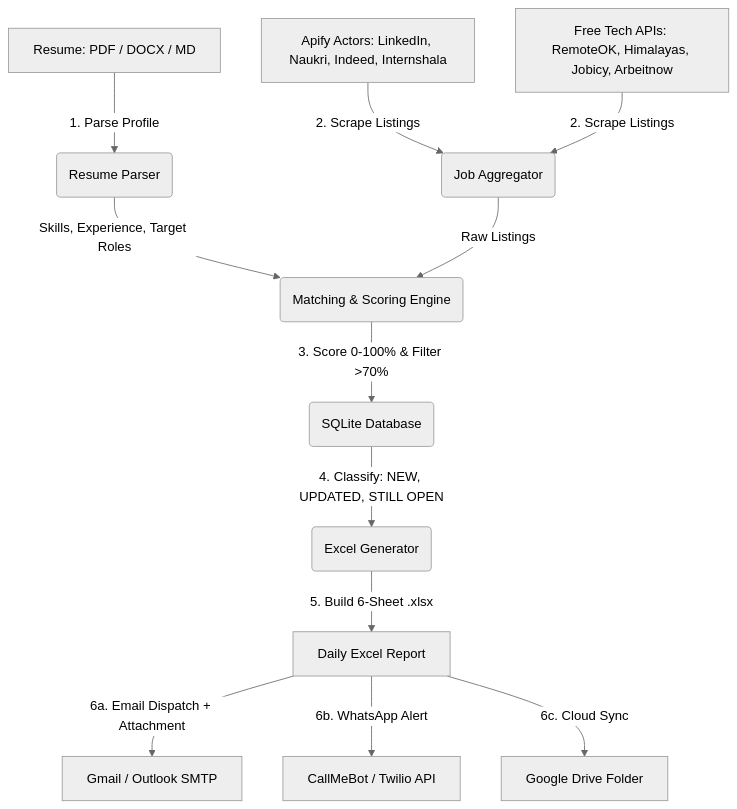
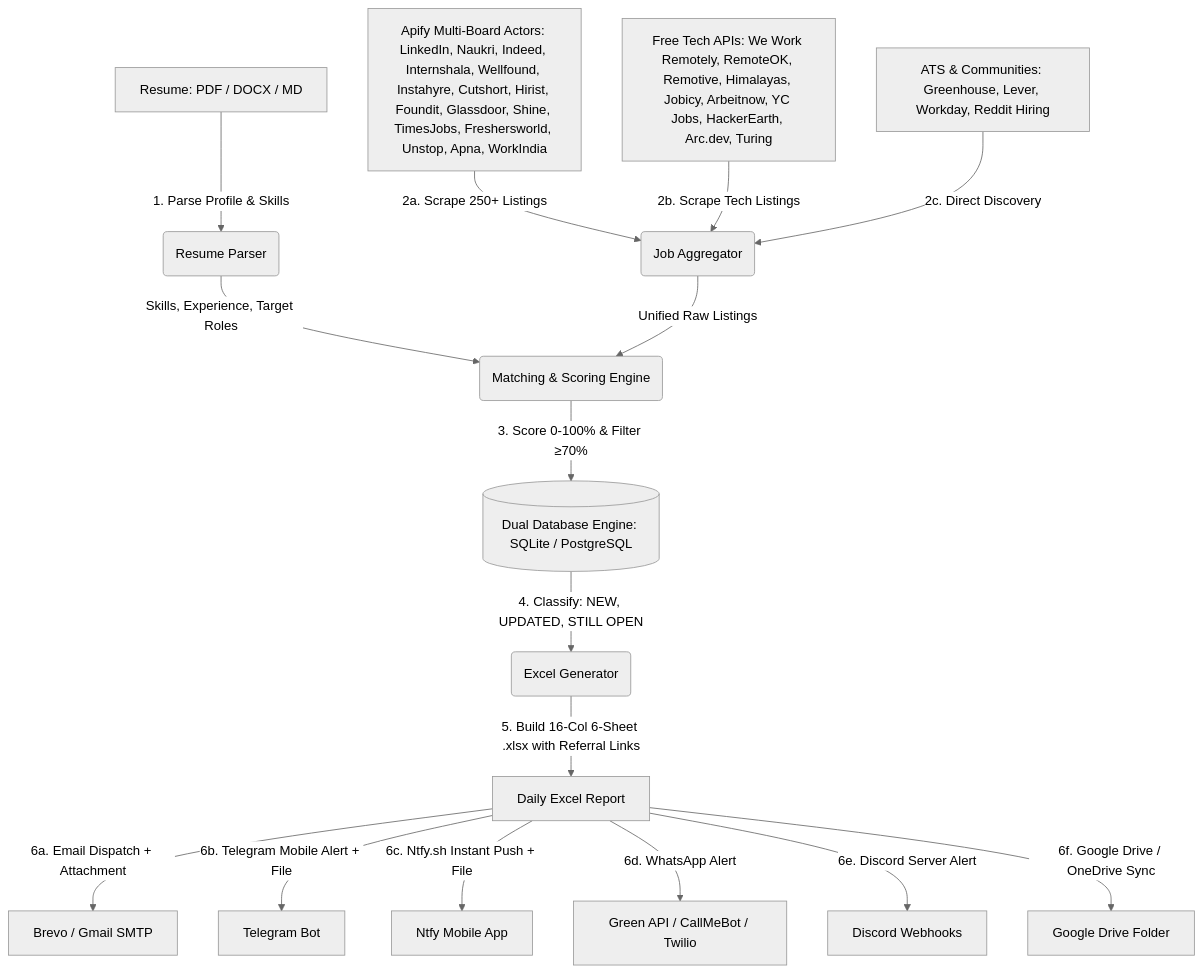
The diagram in WORKFLOW.md (anandsrinivas98/job_finder_agent), drawn with Mermaid (neutral theme) before and after one commit. The commit also changed other lines of this file, not shown here.

Commit message:
docs: Update WORKFLOW.md with 27+ board aggregation, referral links, and dual DB architecture

````diff
--- a/WORKFLOW.md
+++ b/WORKFLOW.md
@@ -9,19 +9,23 @@
 ```mermaid
 graph TD
-    A[Resume: PDF / DOCX / MD] -->|1. Parse Profile| B(Resume Parser)
+    A[Resume: PDF / DOCX / MD] -->|1. Parse Profile & Skills| B(Resume Parser)
     B -->|Skills, Experience, Target Roles| C(Matching & Scoring Engine)
     
-    D1[Apify Actors: LinkedIn, Naukri, Indeed, Internshala] -->|2. Scrape Listings| E(Job Aggregator)
-    D2[Free Tech APIs: RemoteOK, Himalayas, Jobicy, Arbeitnow] -->|2. Scrape Listings| E
+    D1[Apify Multi-Board Actors: LinkedIn, Naukri, Indeed, Internshala, Wellfound, Instahyre, Cutshort, Hirist, Foundit, Glassdoor, Shine, TimesJobs, Freshersworld, Unstop, Apna, WorkIndia] -->|2a. Scrape 250+ Listings| E(Job Aggregator)
+    D2[Free Tech APIs: We Work Remotely, RemoteOK, Remotive, Himalayas, Jobicy, Arbeitnow, YC Jobs, HackerEarth, Arc.dev, Turing] -->|2b. Scrape Tech Listings| E
+    D3[ATS & Communities: Greenhouse, Lever, Workday, Reddit Hiring] -->|2c. Direct Discovery| E
     
-    E -->|Raw Listings| C
+    E -->|Unified Raw Listings| C
     
-    C -->|3. Score 0-100% & Filter >70%| F(SQLite Database)
+    C -->|3. Score 0-100% & Filter ≥70%| F[(Dual Database Engine: SQLite / PostgreSQL)]
     F -->|4. Classify: NEW, UPDATED, STILL OPEN| G(Excel Generator)
     
-    G -->|5. Build 6-Sheet .xlsx| H[Daily Excel Report]
+    G -->|5. Build 16-Col 6-Sheet .xlsx with Referral Links| H[Daily Excel Report]
     
-    H -->|6a. Email Dispatch + Attachment| I1[Gmail / Outlook SMTP]
-    H -->|6b. WhatsApp Alert| I2[CallMeBot / Twilio API]
-    H -->|6c. Cloud Sync| I3[Google Drive Folder]
+    H -->|6a. Email Dispatch + Attachment| I1[Brevo / Gmail SMTP]
+    H -->|6b. Telegram Mobile Alert + File| I2[Telegram Bot]
+    H -->|6c. Ntfy.sh Instant Push + File| I3[Ntfy Mobile App]
+    H -->|6d. WhatsApp Alert| I4[Green API / CallMeBot / Twilio]
+    H -->|6e. Discord Server Alert| I5[Discord Webhooks]
+    H -->|6f. Google Drive / OneDrive Sync| I6[Google Drive Folder]
 ```
````
